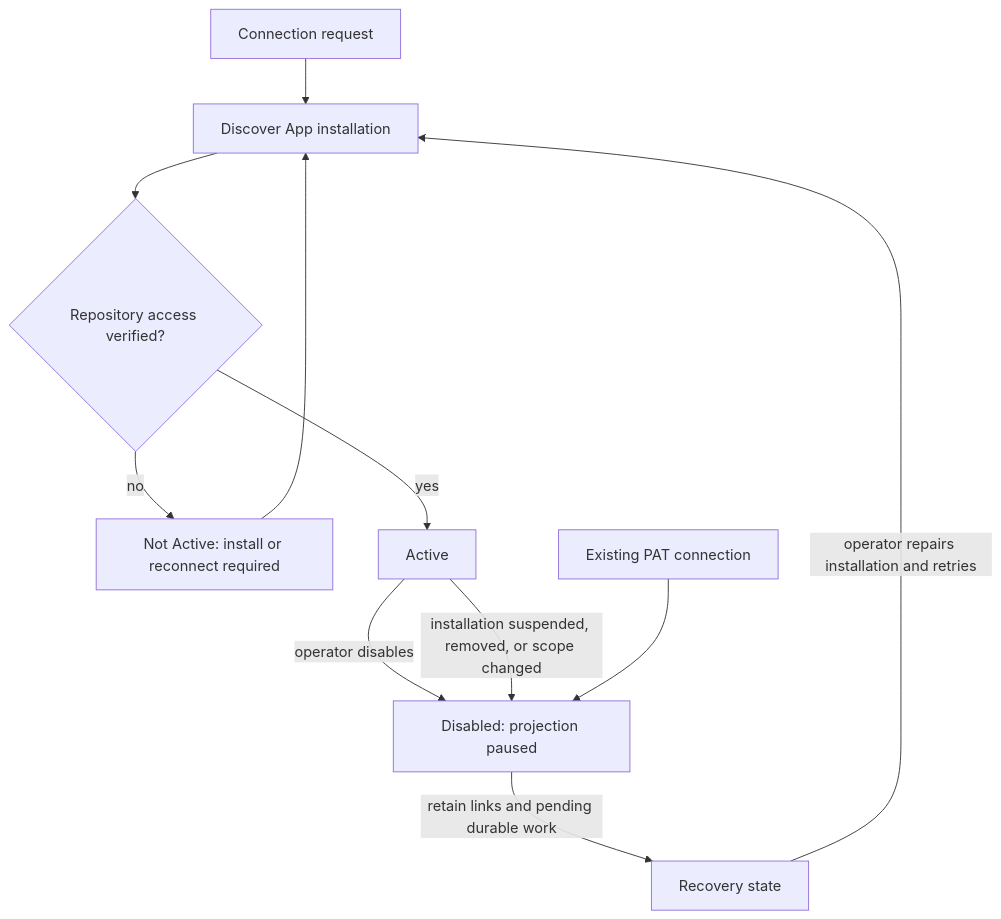
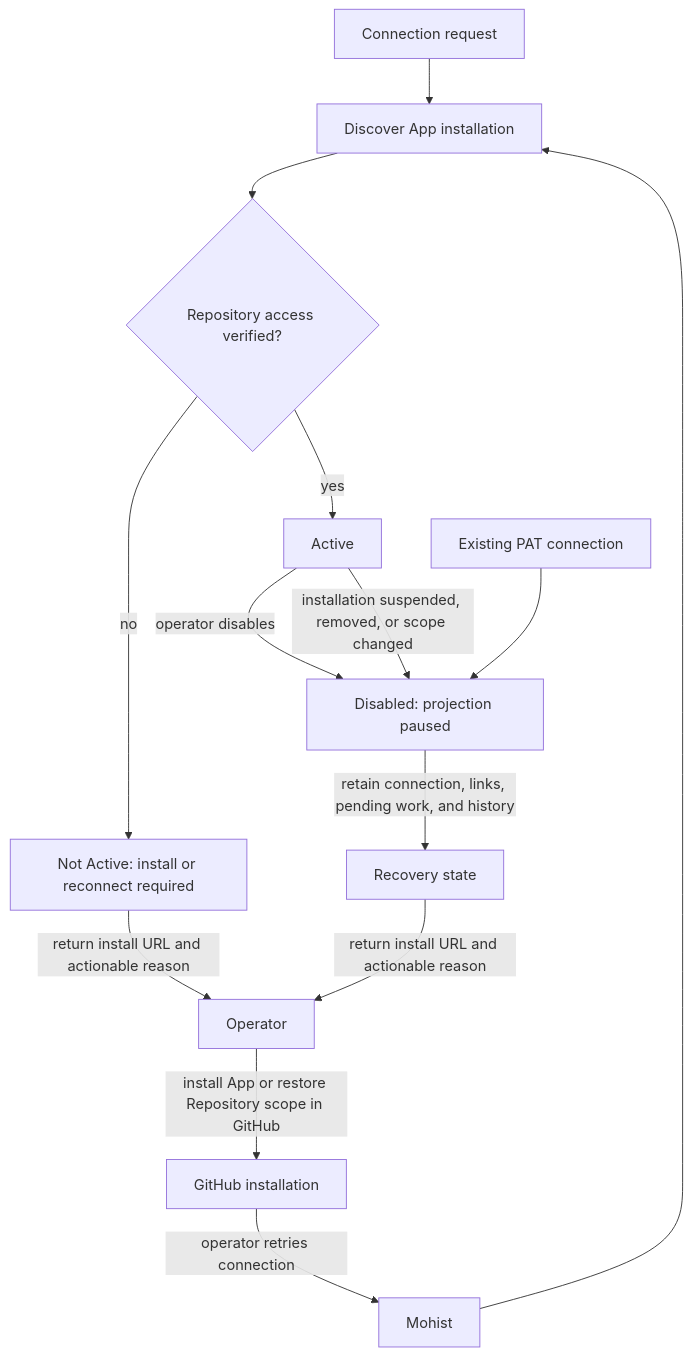
Before and after one commit to suraciii/mohist: the second of 2 diagrams in docs/github.md, drawn with Mermaid. The commit also changed other lines of this file and 1 other file, not shown here.

Commit message:
docs: clarify GitHub connection recovery flow

````diff
--- a/docs/github.md
+++ b/docs/github.md
@@ -106,13 +105,16 @@
 ```mermaid
 flowchart TD
     S["Connection request"] --> D["Discover App installation"]
     D --> V{"Repository access verified?"}
     V -->|"no"| I["Not Active: install or reconnect required"]
-    I --> D
+    I -->|"return install URL and actionable reason"| O["Operator"]
+    O -->|"install App or restore Repository scope in GitHub"| G["GitHub installation"]
+    G -->|"operator retries connection"| M["Mohist"]
+    M --> D
     V -->|"yes"| A["Active"]
     A -->|"operator disables"| X["Disabled: projection paused"]
     A -->|"installation suspended, removed, or scope changed"| X
     P["Existing PAT connection"] --> X
-    X -->|"retain links and pending durable work"| R["Recovery state"]
-    R -->|"operator repairs installation and retries"| D
+    X -->|"retain connection, links, pending work, and history"| R["Recovery state"]
+    R -->|"return install URL and actionable reason"| O
 ```
````
